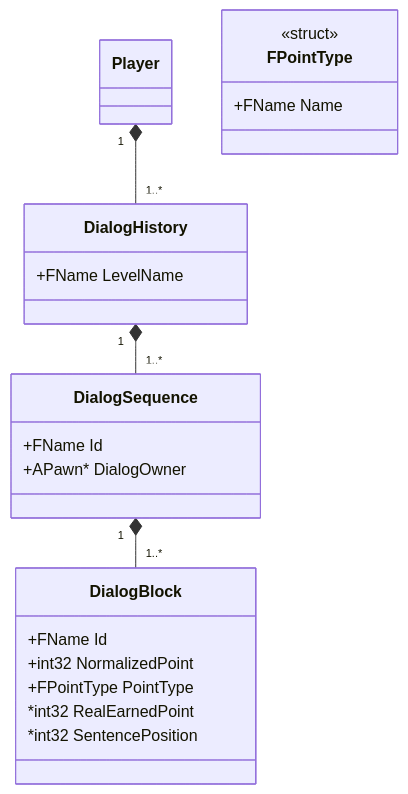
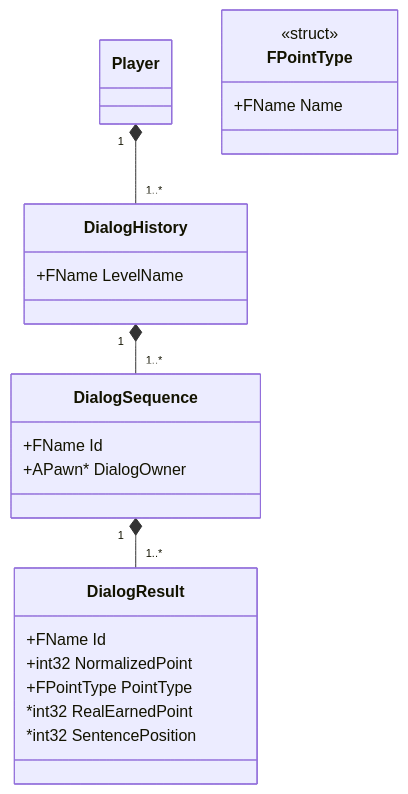
One commit to NansPellicari/UE4-DialogueSystem changed the diagram in Docs/Core/DialogHistory.md. Above: the diagram before and after it, drawn with Mermaid. The commit also changed other lines of this file and 6 other files, not shown here.

````diff
--- a/Docs/Core/DialogHistory.md
+++ b/Docs/Core/DialogHistory.md
@@ -1,30 +1,30 @@
 ```mermaid
 classDiagram
 
 Player "1" *-- "1..*" DialogHistory
 DialogHistory "1" *-- "1..*" DialogSequence
-DialogSequence "1" *-- "1..*" DialogBlock
+DialogSequence "1" *-- "1..*" DialogResult
 
 
-class DialogBlock {
+class DialogResult {
     +FName Id
     +int32 NormalizedPoint
     +FPointType PointType
     *int32 RealEarnedPoint
     *int32 SentencePosition
 }
 
 class DialogSequence {
     +FName Id
     +APawn* DialogOwner
 }
 
 class DialogHistory {
     +FName LevelName
 }
 
 class FPointType {
     <<struct>>
     +FName Name
 }
 ```
````
